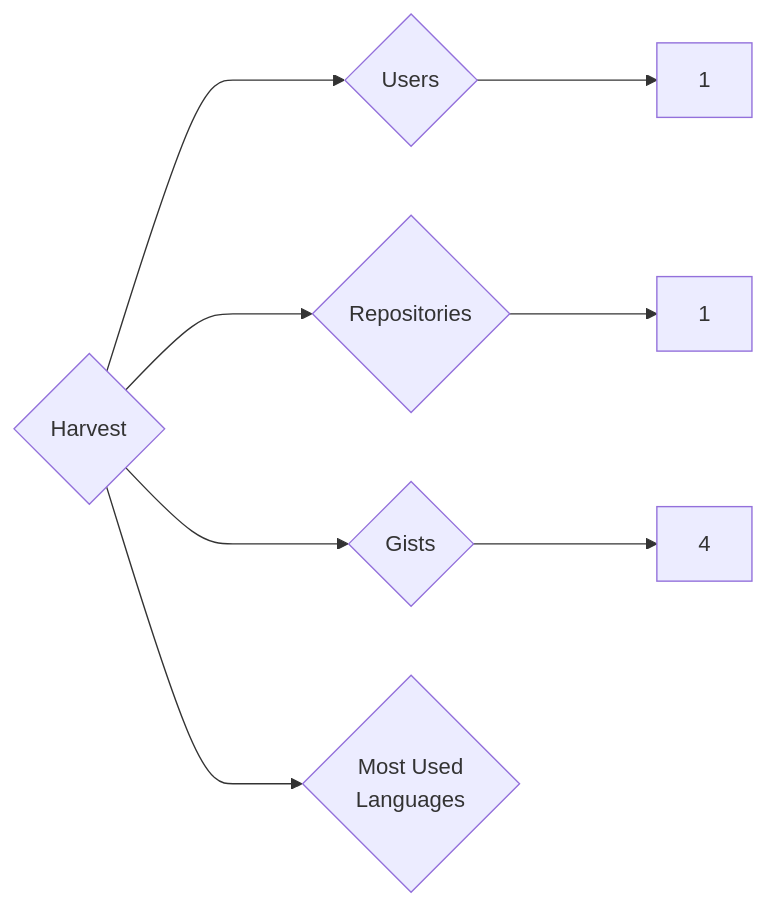
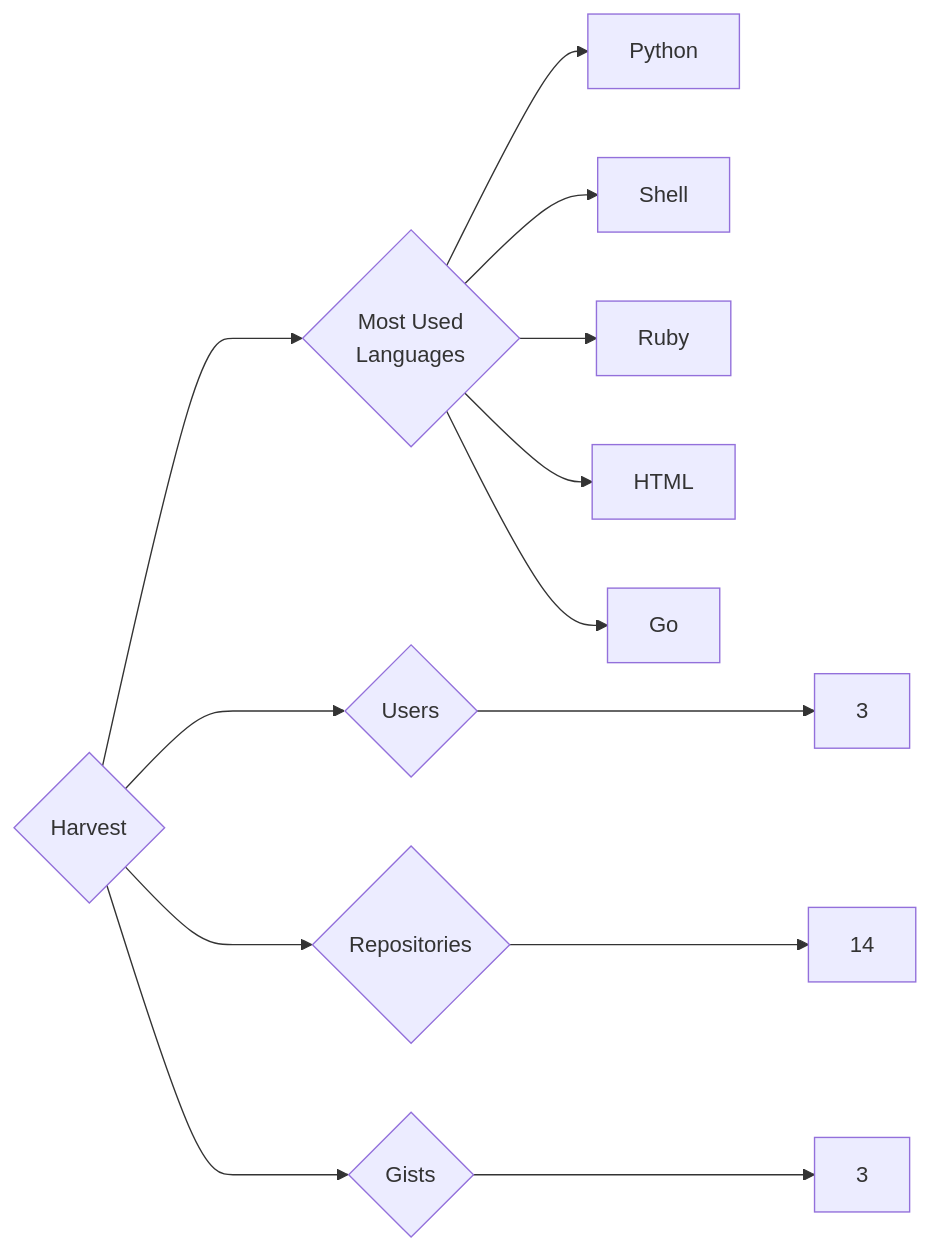
One commit to trickest/insiders changed the diagram in targets/Harvest/README.md. Above: the diagram before and after it, drawn with Mermaid. The commit also changed 775 other files, not shown here.

````diff
--- a/targets/Harvest/README.md
+++ b/targets/Harvest/README.md
@@ -3,8 +3,13 @@
 ```mermaid
 graph LR
 COMPANY_NAME{Harvest}
-COMPANY_NAME ---> U{Users} ---> UN[1]
-COMPANY_NAME ---> R{Repositories} ---> RN[1]
-COMPANY_NAME ---> G{Gists} ---> GN[4]
+COMPANY_NAME ---> U{Users} ---> UN[3]
+COMPANY_NAME ---> R{Repositories} ---> RN[14]
+COMPANY_NAME ---> G{Gists} ---> GN[3]
 COMPANY_NAME ---> ML{Most Used<br>Languages}
+ML --> Python[Python]
+ML --> Shell[Shell]
+ML --> Ruby[Ruby]
+ML --> HTML[HTML]
+ML --> Go[Go]
 ```
````
